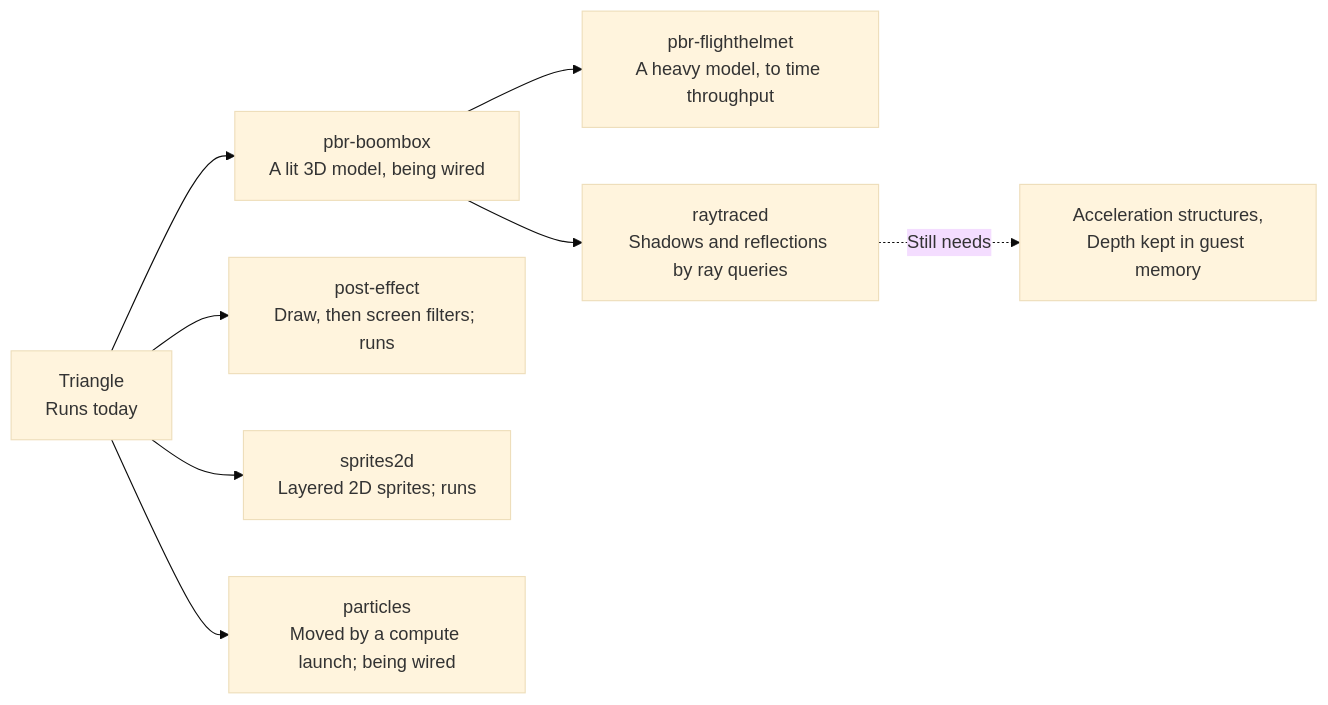
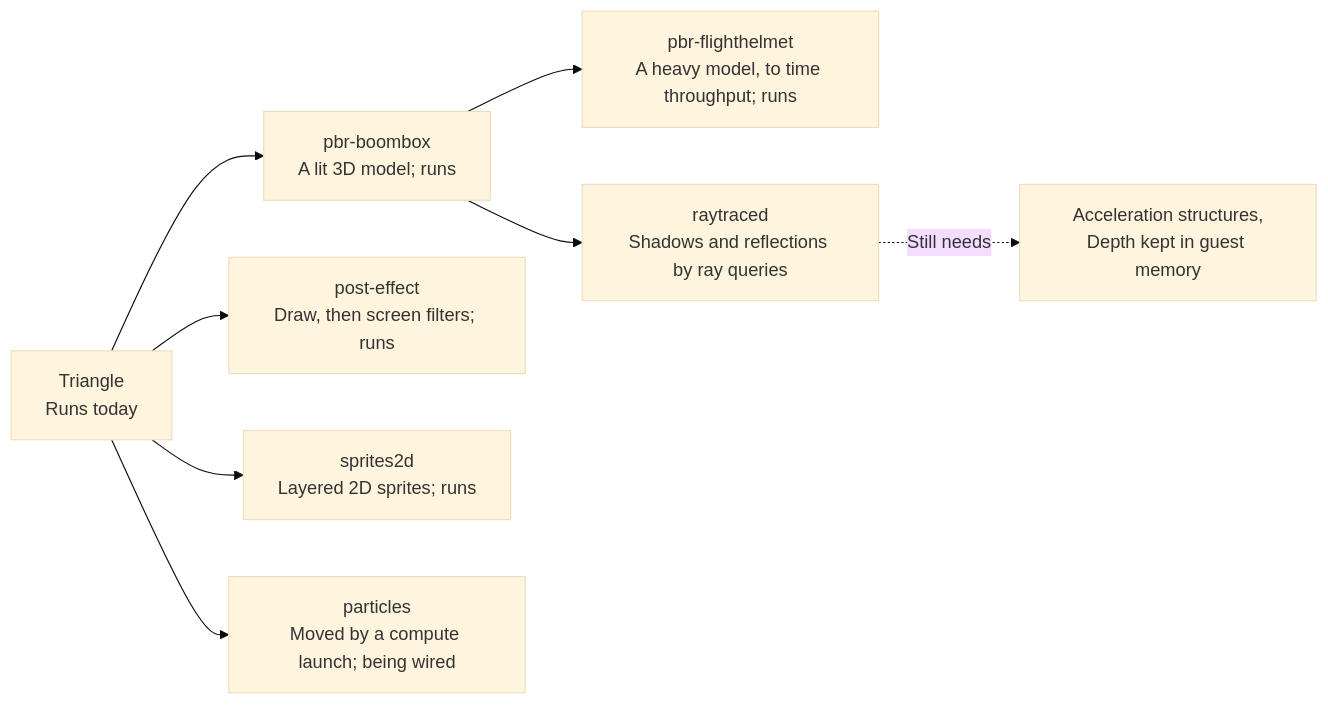
One commit to 0xNikilite/oboromi changed the first of 2 diagrams in docs/architecture/demos.md. Above: the diagram before and after it, drawn with Mermaid (base theme). The commit also changed other lines of this file, not shown here.

````diff
--- a/docs/architecture/demos.md
+++ b/docs/architecture/demos.md
@@ -59,10 +61,10 @@
 ```mermaid
 flowchart LR
-    TRI["Triangle<br/>Runs today"] --> PBR["pbr-boombox<br/>A lit 3D model, being wired"]
+    TRI["Triangle<br/>Runs today"] --> PBR["pbr-boombox<br/>A lit 3D model; runs"]
     TRI --> POST["post-effect<br/>Draw, then screen filters; runs"]
-    PBR --> FH["pbr-flighthelmet<br/>A heavy model, to time throughput"]
+    PBR --> FH["pbr-flighthelmet<br/>A heavy model, to time throughput; runs"]
     PBR --> RT["raytraced<br/>Shadows and reflections by ray queries"]
     TRI --> SPR["sprites2d<br/>Layered 2D sprites; runs"]
     TRI --> PART["particles<br/>Moved by a compute launch; being wired"]
     RT -.->|"Still needs"| N1["Acceleration structures,<br/>Depth kept in guest memory"]
 ```
````
